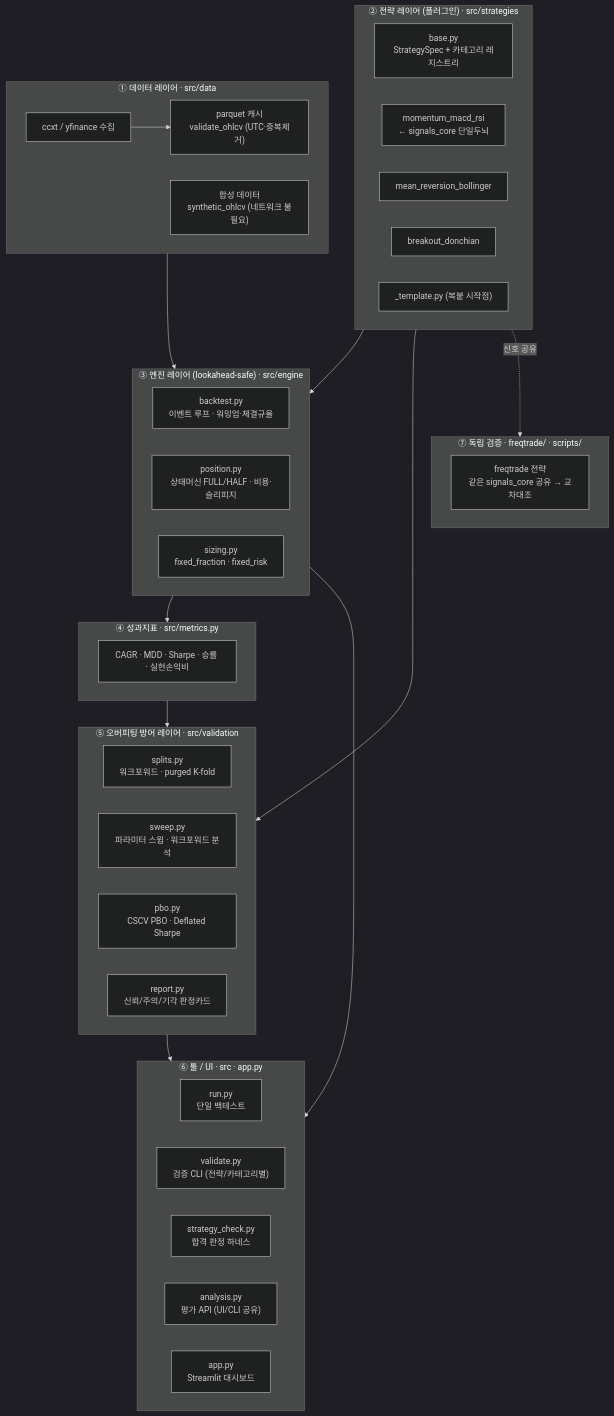
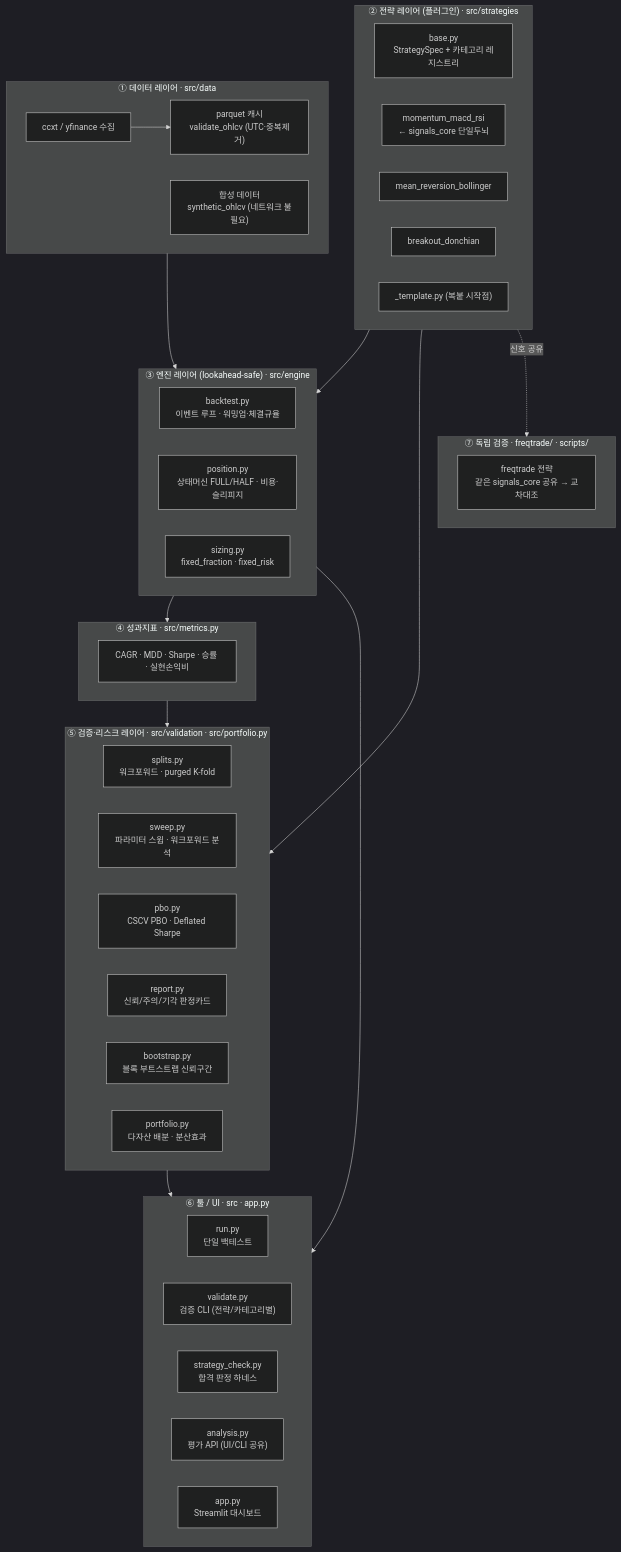
One commit to pjw26113686-sys/macd-RSI changed the first of 4 diagrams in docs/architecture.md. Above: the diagram before and after it, drawn with Mermaid (dark theme). The commit also changed 12 other files, not shown here.

First line of the commit message:
다자산 포트폴리오 + 블록 부트스트랩 신뢰구간 추가

````diff
--- a/docs/architecture.md
+++ b/docs/architecture.md
@@ -13,53 +13,55 @@
 ```mermaid
 flowchart TB
   subgraph DATA["① 데이터 레이어 · src/data"]
     D1["ccxt / yfinance 수집"] --> D2["parquet 캐시<br/>validate_ohlcv (UTC·중복제거)"]
     D3["합성 데이터<br/>synthetic_ohlcv (네트워크 불필요)"]
   end
 
   subgraph STRAT["② 전략 레이어 (플러그인) · src/strategies"]
     B["base.py<br/>StrategySpec + 카테고리 레지스트리"]
     S1["momentum_macd_rsi<br/>← signals_core 단일두뇌"]
     S2["mean_reversion_bollinger"]
     S3["breakout_donchian"]
     T["_template.py (복붙 시작점)"]
   end
 
   subgraph ENGINE["③ 엔진 레이어 (lookahead-safe) · src/engine"]
     E1["backtest.py<br/>이벤트 루프 · 워밍업·체결규율"]
     E2["position.py<br/>상태머신 FULL/HALF · 비용·슬리피지"]
     E3["sizing.py<br/>fixed_fraction · fixed_risk"]
   end
 
   subgraph METRIC["④ 성과지표 · src/metrics.py"]
     M["CAGR · MDD · Sharpe · 승률 · 실현손익비"]
   end
 
-  subgraph VALID["⑤ 오버피팅 방어 레이어 · src/validation"]
+  subgraph VALID["⑤ 검증·리스크 레이어 · src/validation · src/portfolio.py"]
     V1["splits.py<br/>워크포워드 · purged K-fold"]
     V2["sweep.py<br/>파라미터 스윕 · 워크포워드 분석"]
     V3["pbo.py<br/>CSCV PBO · Deflated Sharpe"]
     V4["report.py<br/>신뢰/주의/기각 판정카드"]
+    V5["bootstrap.py<br/>블록 부트스트랩 신뢰구간"]
+    V6["portfolio.py<br/>다자산 배분 · 분산효과"]
   end
 
   subgraph TOOLS["⑥ 툴 / UI · src · app.py"]
     C1["run.py<br/>단일 백테스트"]
     C2["validate.py<br/>검증 CLI (전략/카테고리별)"]
     C3["strategy_check.py<br/>합격 판정 하네스"]
     C4["analysis.py<br/>평가 API (UI/CLI 공유)"]
     C5["app.py<br/>Streamlit 대시보드"]
   end
 
   subgraph VERIFY["⑦ 독립 검증 · freqtrade/ · scripts/"]
     F["freqtrade 전략<br/>같은 signals_core 공유 → 교차대조"]
   end
 
   DATA --> ENGINE
   STRAT --> ENGINE
   ENGINE --> METRIC
   METRIC --> VALID
   STRAT --> VALID
   VALID --> TOOLS
   ENGINE --> TOOLS
   STRAT -. 신호 공유 .-> VERIFY
 ```
````
